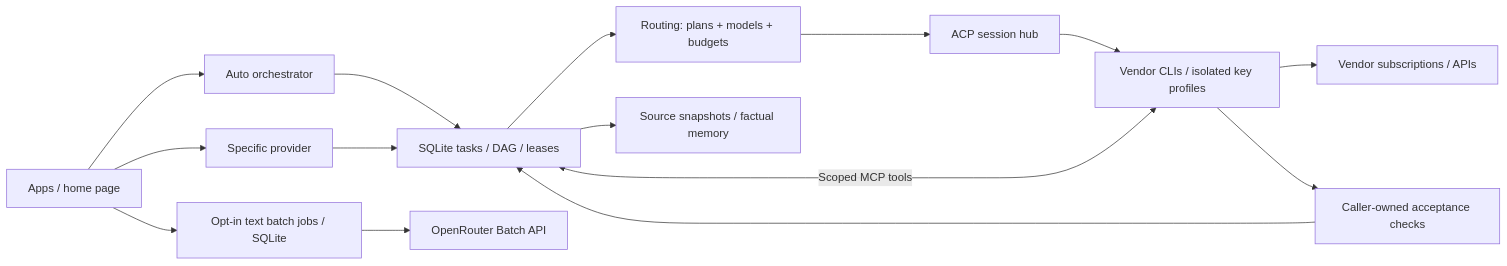
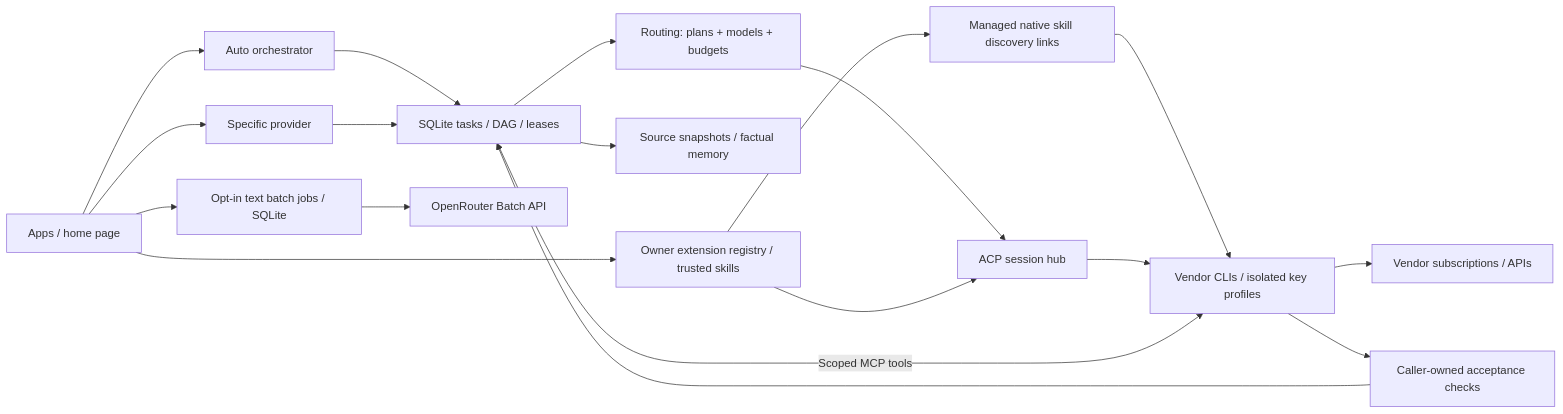
One commit to briq-cloud/agent-home changed the diagram in README.md. Above: the diagram before and after it, drawn with Mermaid. The commit also changed other lines of this file and 24 other files, not shown here.

Commit message:
feat(extensions): share MCP tools and skills across native sessions

````diff
--- a/README.md
+++ b/README.md
@@ -31,17 +31,21 @@
 ```mermaid
 flowchart LR
   App[Apps / home page] --> Direct[Specific provider]
   App --> Auto[Auto orchestrator]
   Auto --> Tasks[SQLite tasks / DAG / leases]
   Tasks --> Router[Routing: plans + models + budgets]
   Tasks --> Context[Source snapshots / factual memory]
   Router --> Hub[ACP session hub]
   Direct --> Tasks
+  App --> Extensions[Owner extension registry / trusted skills]
+  Extensions --> Hub
+  Extensions --> SkillFiles[Managed native skill discovery links]
+  SkillFiles --> CLI
   Hub --> CLI[Vendor CLIs / isolated key profiles]
   CLI --> Vendor[Vendor subscriptions / APIs]
   CLI <-->|Scoped MCP tools| Tasks
   CLI --> Verify[Caller-owned acceptance checks]
   Verify --> Tasks
   App --> Batch[Opt-in text batch jobs / SQLite]
   Batch --> OR[OpenRouter Batch API]
 ```
````
